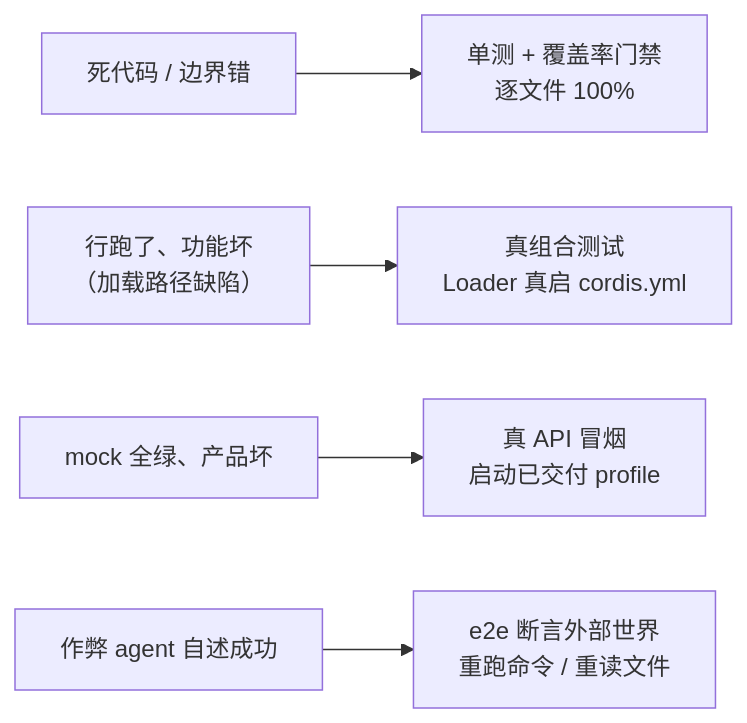
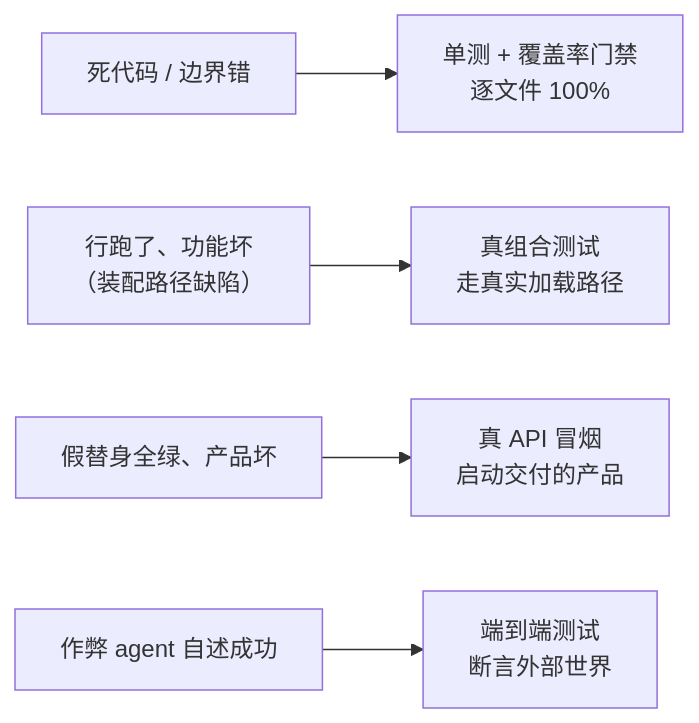
The second of 2 diagrams in dsh 插件开发学习/36-给DSH提PR.md (anthonyzhao-4926/blog), drawn with Mermaid before and after one commit. The commit also changed other lines of this file and 38 other files, not shown here.

````diff
--- a/dsh 插件开发学习/36-给DSH提PR.md
+++ b/dsh 插件开发学习/36-给DSH提PR.md
@@ -58,7 +58,7 @@
 ```mermaid
 flowchart LR
     E1["死代码 / 边界错"] --> L1["单测 + 覆盖率门禁<br/>逐文件 100%"]
-    E2["行跑了、功能坏<br/>（加载路径缺陷）"] --> L2["真组合测试<br/>Loader 真启 cordis.yml"]
-    E3["mock 全绿、产品坏"] --> L3["真 API 冒烟<br/>启动已交付 profile"]
-    E4["作弊 agent 自述成功"] --> L4["e2e 断言外部世界<br/>重跑命令 / 重读文件"]
+    E2["行跑了、功能坏<br/>（装配路径缺陷）"] --> L2["真组合测试<br/>走真实加载路径"]
+    E3["假替身全绿、产品坏"] --> L3["真 API 冒烟<br/>启动交付的产品"]
+    E4["作弊 agent 自述成功"] --> L4["端到端测试<br/>断言外部世界"]
 ```
````
